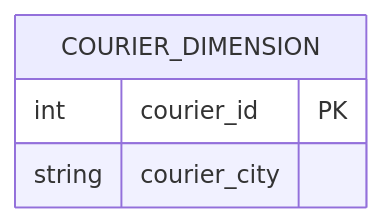
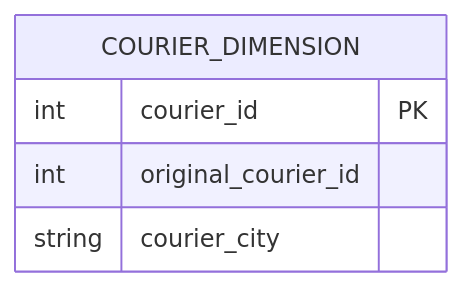
The first of 9 diagrams in dimensions_and_data_marts.md (LONG-TERM-EFFECTS-OF-SUFFERING/Rapidos_y_Furiosos_data_warehouse), drawn with Mermaid before and after one commit. The commit also changed other lines of this file and 4 other files, not shown here.

````diff
--- a/dimensions_and_data_marts.md
+++ b/dimensions_and_data_marts.md
@@ -7,7 +7,8 @@
 ```MERMAID
 erDiagram
     COURIER_DIMENSION {
         int courier_id PK
+        int original_courier_id
         string courier_city
     }
 ```
````
